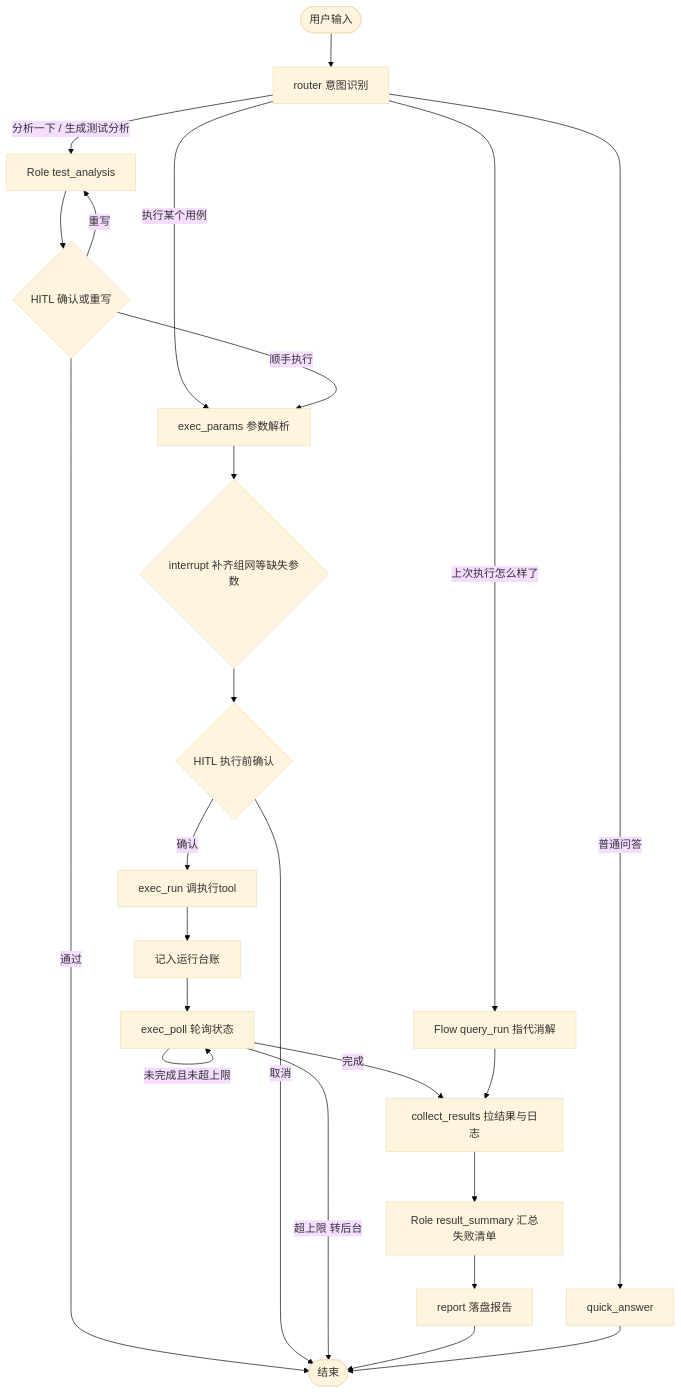
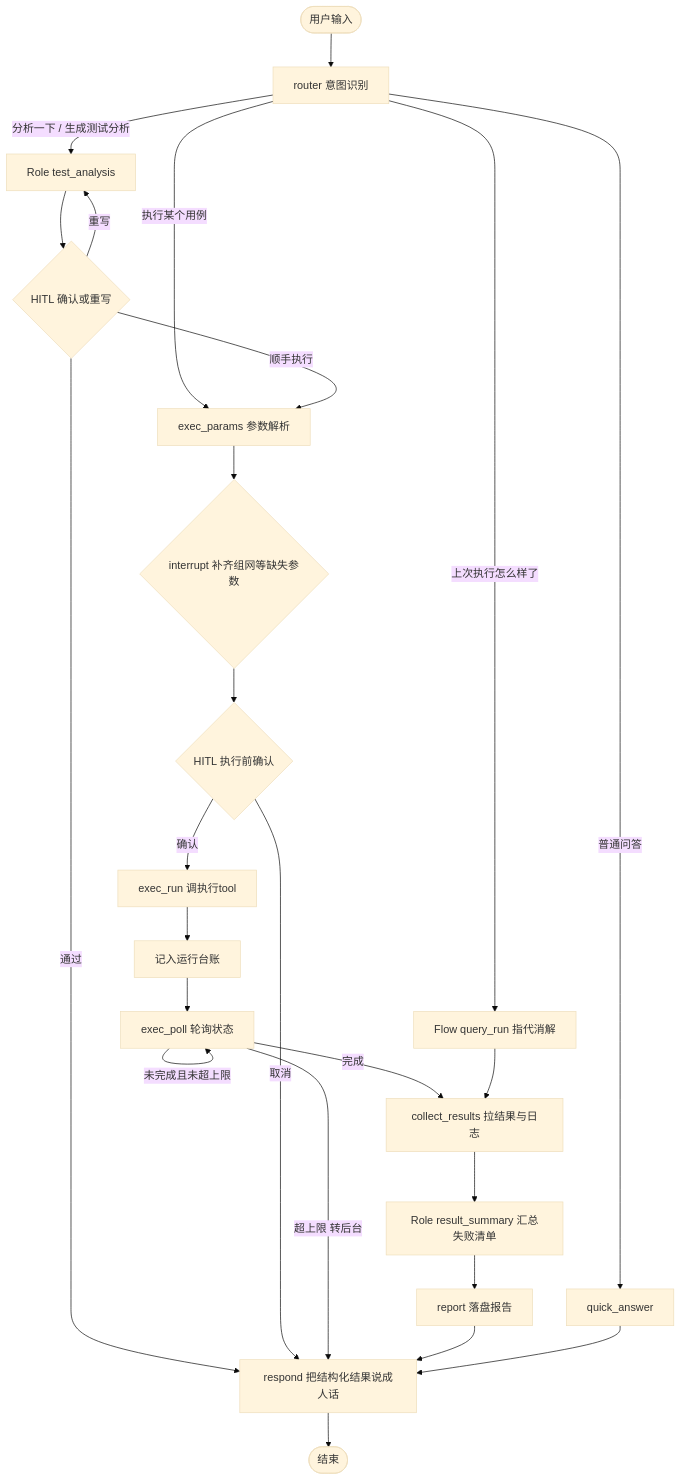
The second of 2 diagrams in docs/architecture.md (LuukkaToT/work_agent), drawn with Mermaid (base theme) before and after one commit. The commit also changed other lines of this file and 20 other files, not shown here.

````diff
--- a/docs/architecture.md
+++ b/docs/architecture.md
@@ -107,29 +107,31 @@
 ```mermaid
 flowchart TD
   Start(["用户输入"]) --> Router["router 意图识别"]
   Router -->|"分析一下 / 生成测试分析"| Analysis["Role test_analysis"]
   Router -->|"执行某个用例"| ExecParams["exec_params 参数解析"]
   Router -->|"上次执行怎么样了"| QueryRun["Flow query_run 指代消解"]
   Router -->|"普通问答"| QuickAnswer["quick_answer"]
 
   Analysis --> ReviewAnalysis{"HITL 确认或重写"}
   ReviewAnalysis -->|"重写"| Analysis
-  ReviewAnalysis -->|"通过"| Finish
+  ReviewAnalysis -->|"通过"| Respond
   ReviewAnalysis -->|"顺手执行"| ExecParams
 
   ExecParams --> AskMissing{"interrupt 补齐组网等缺失参数"}
   AskMissing --> ExecConfirm{"HITL 执行前确认"}
-  ExecConfirm -->|"取消"| Finish
+  ExecConfirm -->|"取消"| Respond
   ExecConfirm -->|"确认"| ExecRun["exec_run 调执行tool"]
   ExecRun --> Ledger["记入运行台账"]
   Ledger --> ExecPoll["exec_poll 轮询状态"]
   ExecPoll -->|"未完成且未超上限"| ExecPoll
   ExecPoll -->|"完成"| Collect["collect_results 拉结果与日志"]
-  ExecPoll -->|"超上限 转后台"| Finish
+  ExecPoll -->|"超上限 转后台"| Respond
   Collect --> Summary["Role result_summary 汇总失败清单"]
   Summary --> Report["report 落盘报告"]
-  Report --> Finish(["结束"])
+  Report --> Respond
 
   QueryRun --> Collect
-  QuickAnswer --> Finish
+  QuickAnswer --> Respond
+
+  Respond["respond 把结构化结果说成人话"] --> Finish(["结束"])
 ```
````
